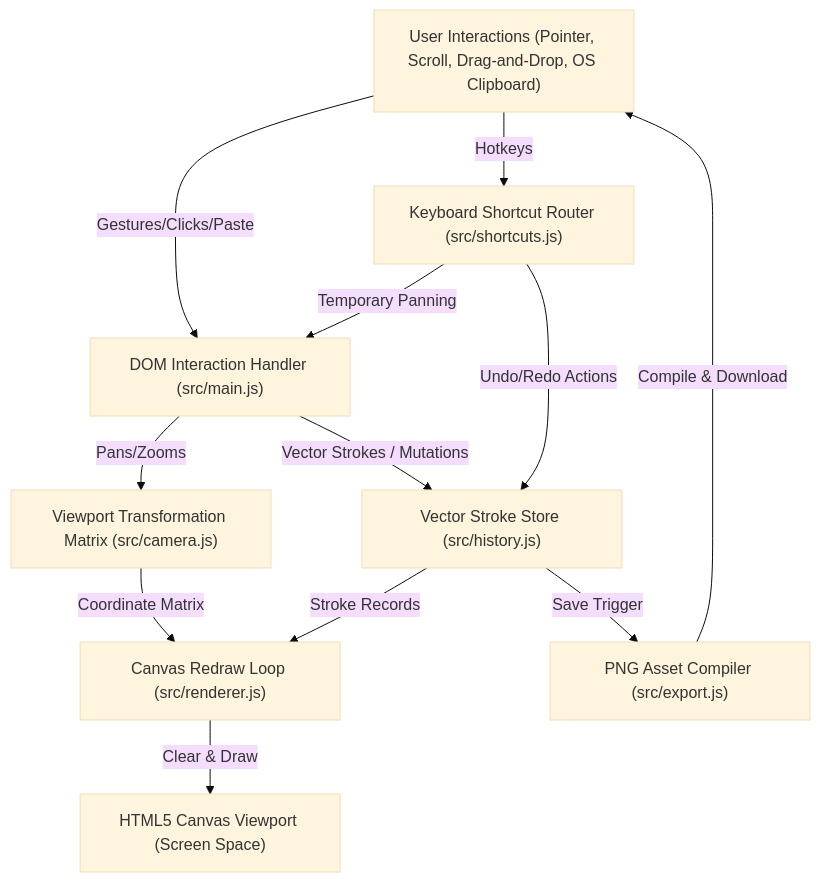
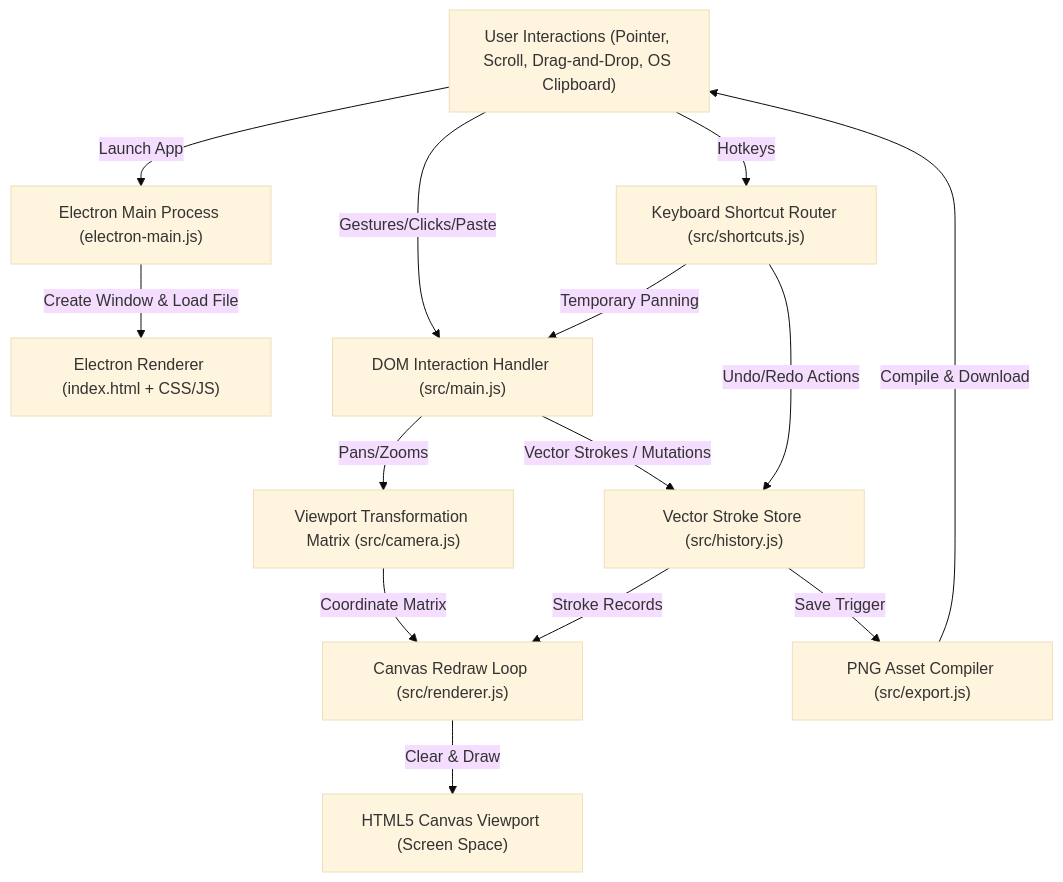
One commit to kumar291098/simple-teaching-board changed the first of 2 diagrams in README.md. Above: the diagram before and after it, drawn with Mermaid (base theme). The commit also changed other lines of this file and 5 other files, not shown here.

````diff
--- a/README.md
+++ b/README.md
@@ -30,23 +40,27 @@
 ```mermaid
 graph TD
     User["User Interactions (Pointer, Scroll, Drag-and-Drop, OS Clipboard)"]
+    Electron["Electron Main Process (electron-main.js)"]
+    RendererProcess["Electron Renderer (index.html + CSS/JS)"]
     Main["DOM Interaction Handler (src/main.js)"]
     Shortcuts["Keyboard Shortcut Router (src/shortcuts.js)"]
     Camera["Viewport Transformation Matrix (src/camera.js)"]
     History["Vector Stroke Store (src/history.js)"]
     Renderer["Canvas Redraw Loop (src/renderer.js)"]
     Export["PNG Asset Compiler (src/export.js)"]
     CanvasView["HTML5 Canvas Viewport (Screen Space)"]
 
+    User -->|Launch App| Electron
+    Electron -->|Create Window & Load File| RendererProcess
     User -->|Gestures/Clicks/Paste| Main
     User -->|Hotkeys| Shortcuts
     Main -->|Pans/Zooms| Camera
     Main -->|Vector Strokes / Mutations| History
     Shortcuts -->|Temporary Panning| Main
     Shortcuts -->|Undo/Redo Actions| History
     Camera -->|Coordinate Matrix| Renderer
     History -->|Stroke Records| Renderer
     Renderer -->|Clear & Draw| CanvasView
     History -->|Save Trigger| Export
     Export -->|Compile & Download| User
 ```
````
